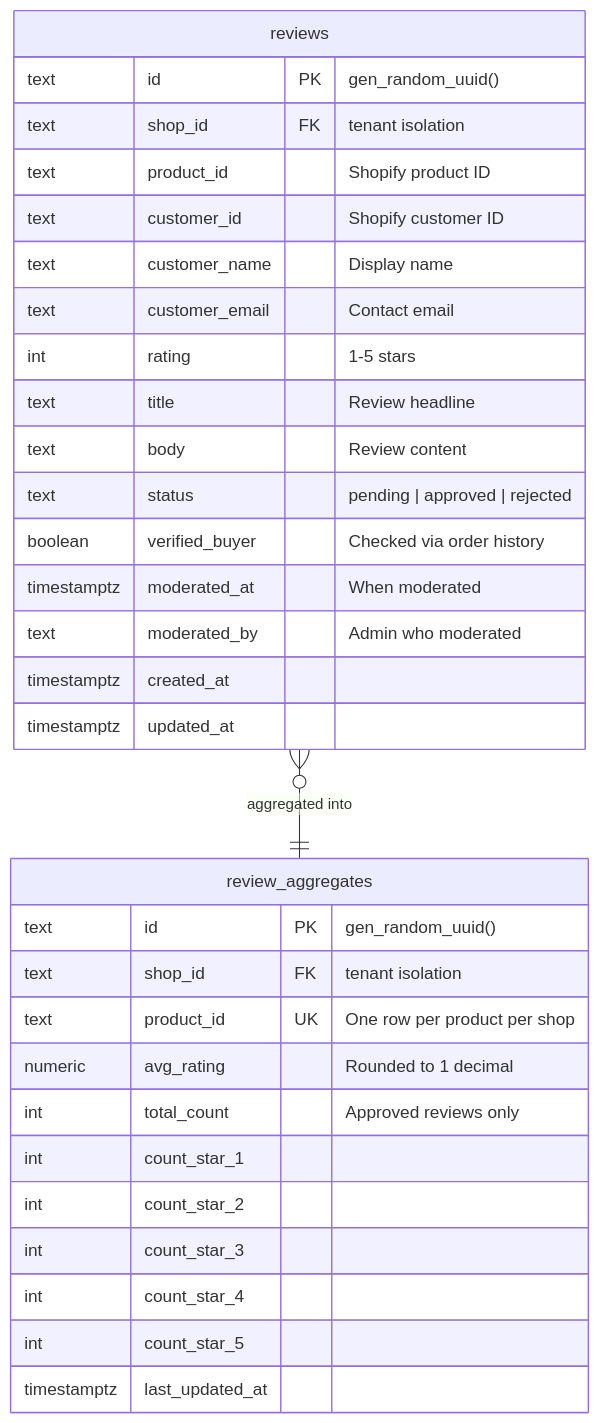
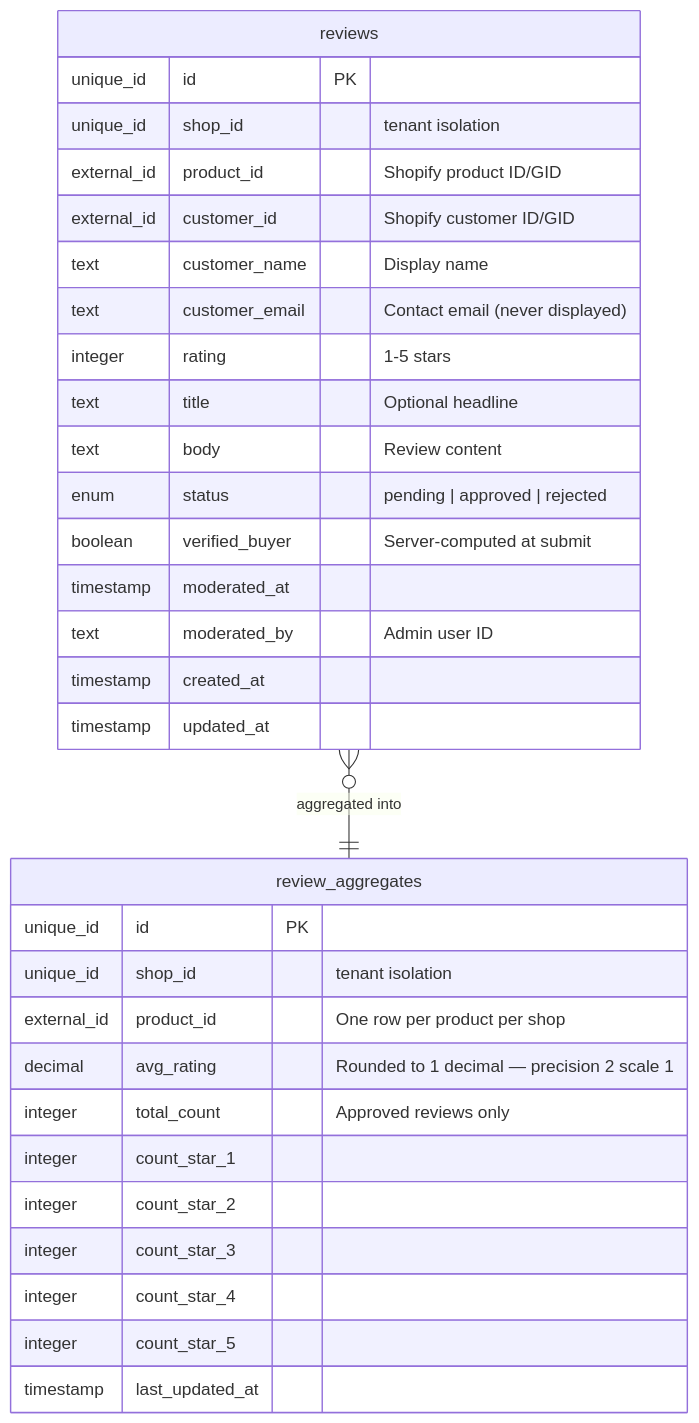
Before and after one commit to nguyenvanduocit/primitive-blocks-specs: the first of 5 diagrams in ugc/product-reviews/README.md, drawn with Mermaid. The commit also changed other lines of this file and 28 other files, not shown here.

````diff
--- a/ugc/product-reviews/README.md
+++ b/ugc/product-reviews/README.md
@@ -55,36 +57,36 @@
 ```mermaid
 erDiagram
     reviews {
-        text id PK "gen_random_uuid()"
-        text shop_id FK "tenant isolation"
-        text product_id "Shopify product ID"
-        text customer_id "Shopify customer ID"
+        unique_id id PK
+        unique_id shop_id "tenant isolation"
+        external_id product_id "Shopify product ID/GID"
+        external_id customer_id "Shopify customer ID/GID"
         text customer_name "Display name"
-        text customer_email "Contact email"
-        int rating "1-5 stars"
-        text title "Review headline"
+        text customer_email "Contact email (never displayed)"
+        integer rating "1-5 stars"
+        text title "Optional headline"
         text body "Review content"
-        text status "pending | approved | rejected"
-        boolean verified_buyer "Checked via order history"
-        timestamptz moderated_at "When moderated"
-        text moderated_by "Admin who moderated"
-        timestamptz created_at
-        timestamptz updated_at
+        enum status "pending | approved | rejected"
+        boolean verified_buyer "Server-computed at submit"
+        timestamp moderated_at
+        text moderated_by "Admin user ID"
+        timestamp created_at
+        timestamp updated_at
     }
 
     review_aggregates {
-        text id PK "gen_random_uuid()"
-        text shop_id FK "tenant isolation"
-        text product_id UK "One row per product per shop"
-        numeric avg_rating "Rounded to 1 decimal"
-        int total_count "Approved reviews only"
-        int count_star_1
-        int count_star_2
-        int count_star_3
-        int count_star_4
-        int count_star_5
-        timestamptz last_updated_at
+        unique_id id PK
+        unique_id shop_id "tenant isolation"
+        external_id product_id "One row per product per shop"
+        decimal avg_rating "Rounded to 1 decimal — precision 2 scale 1"
+        integer total_count "Approved reviews only"
+        integer count_star_1
+        integer count_star_2
+        integer count_star_3
+        integer count_star_4
+        integer count_star_5
+        timestamp last_updated_at
     }
 
     reviews }o--|| review_aggregates : "aggregated into"
 ```
````
